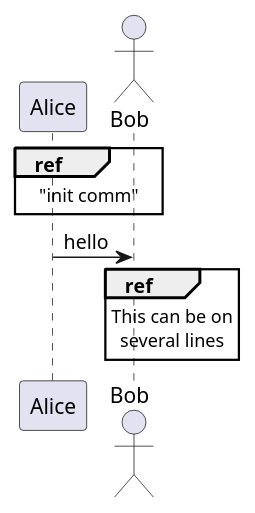
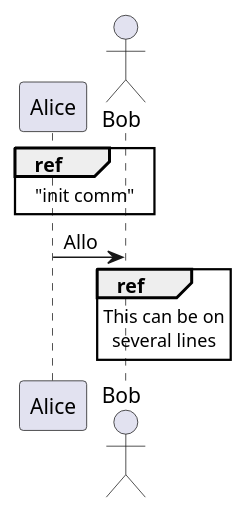
One commit to 14FRS851/Articles changed the diagram in Project1/diagram.puml. Above: the diagram before and after it, drawn with PlantUML.

Commit message:
Change text

```diff
--- a/Project1/diagram.puml
+++ b/Project1/diagram.puml
@@ -1,13 +1,13 @@
 @startuml
 participant Alice
 actor Bob
 
 ref over Alice, Bob : "init comm"
 
-Alice -> Bob : hello
+Alice -> Bob : Allo
 
 ref over Bob
   This can be on
   several lines
 end ref
 @enduml
```
